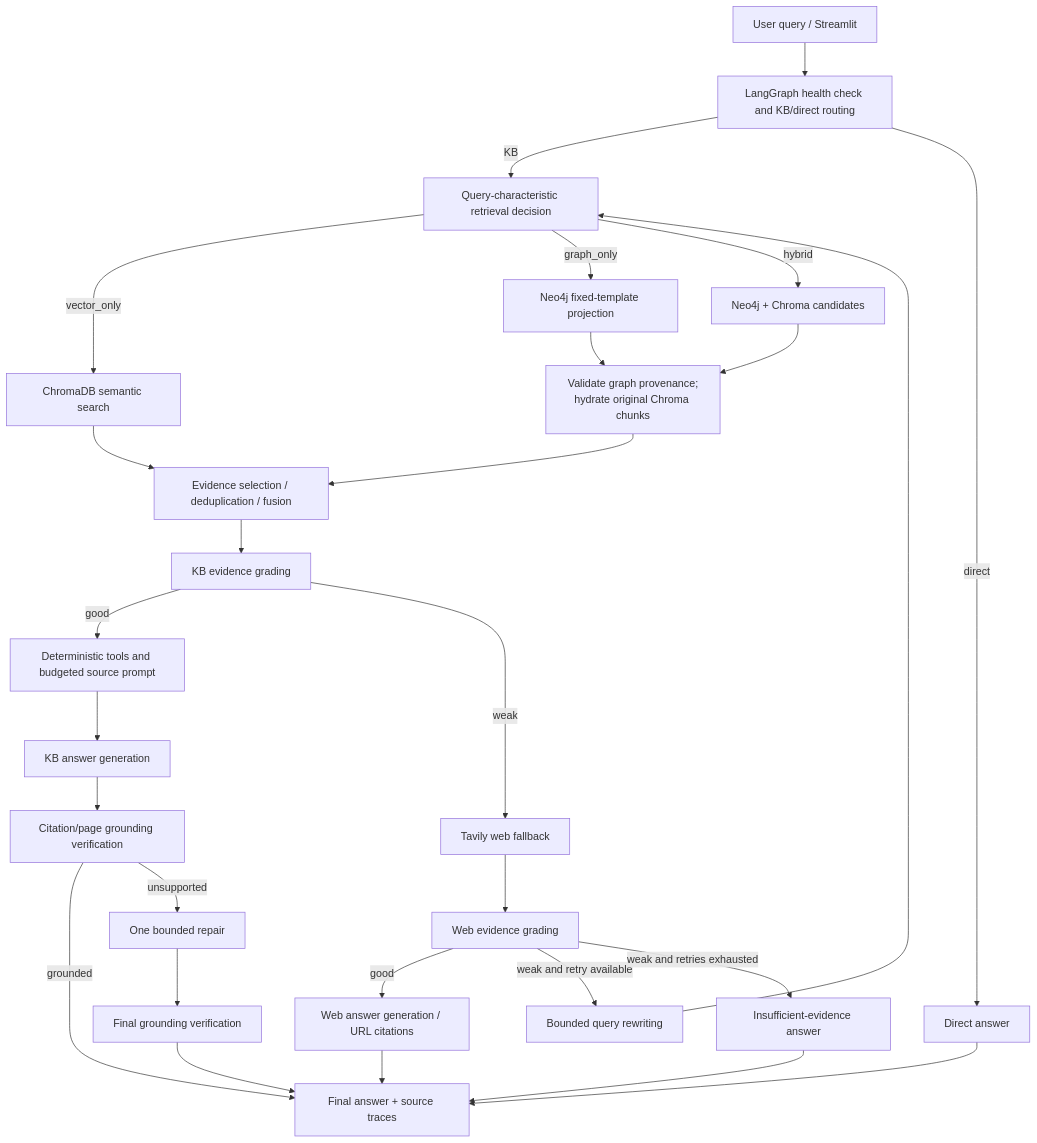
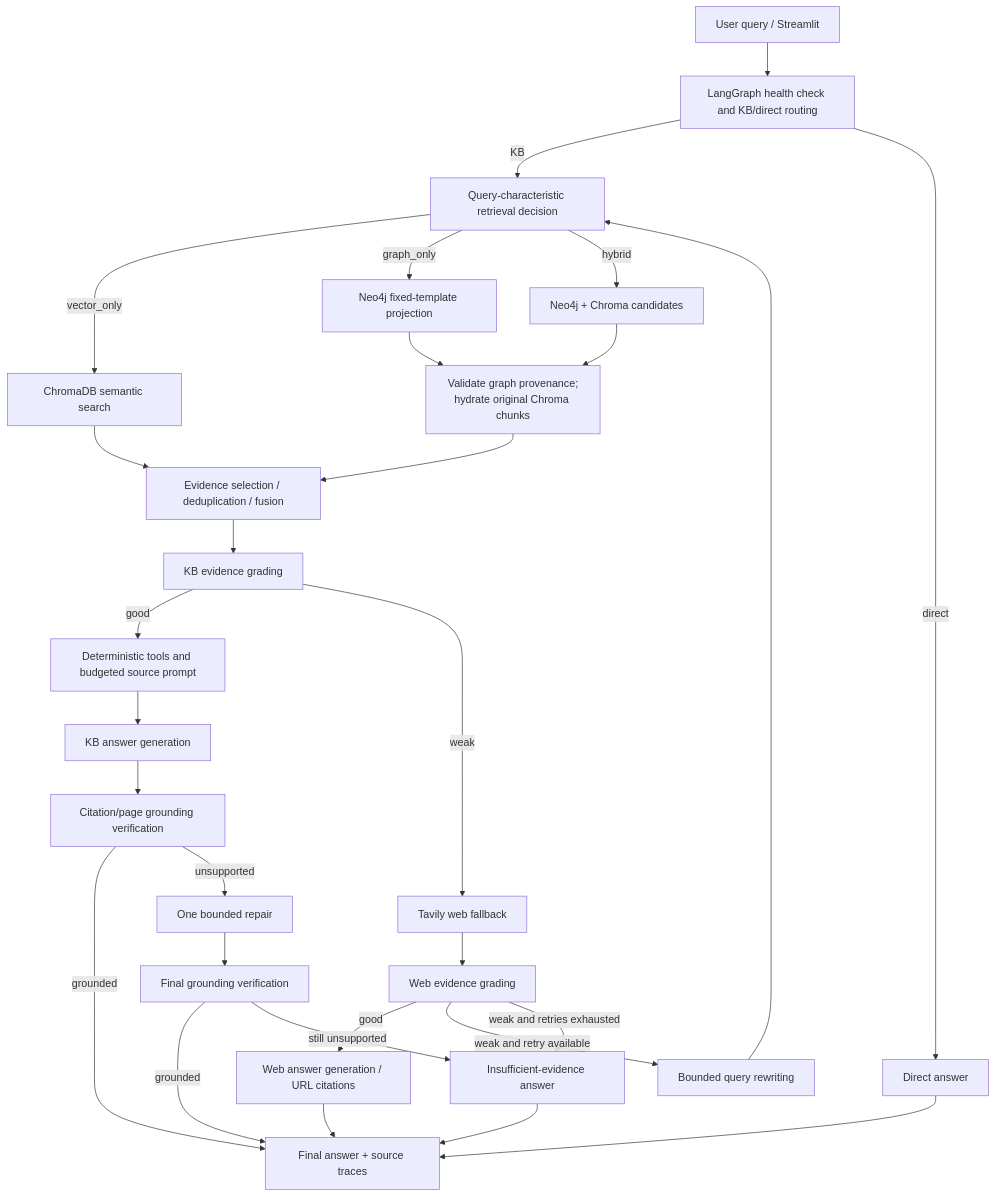
The first of 4 diagrams in README.md (tusharg007/Internal-RFP-Analyst), drawn with Mermaid before and after one commit. The commit also changed other lines of this file and 34 other files, not shown here.

First line of the commit message:
Close GraphRAG reproducibility gaps and add verified public walkthrough

````diff
--- a/README.md
+++ b/README.md
@@ -80,30 +135,31 @@
 ```mermaid
 flowchart TD
     User["User query / Streamlit"] --> Router["LangGraph health check and KB/direct routing"]
     Router -->|KB| Retrieval["Query-characteristic retrieval decision"]
     Router -->|direct| Direct["Direct answer"]
     Retrieval -->|vector_only| Chroma["ChromaDB semantic search"]
     Retrieval -->|graph_only| Neo4j["Neo4j fixed-template projection"]
     Retrieval -->|hybrid| Hybrid["Neo4j + Chroma candidates"]
     Neo4j --> Hydrate["Validate graph provenance;<br/>hydrate original Chroma chunks"]
     Hybrid --> Hydrate
     Chroma --> Evidence["Evidence selection / deduplication / fusion"]
     Hydrate --> Evidence
     Evidence --> Grade["KB evidence grading"]
     Grade -->|good| Tools["Deterministic tools and budgeted source prompt"]
     Tools --> Generator["KB answer generation"]
     Grade -->|weak| Web["Tavily web fallback"]
     Web --> WebGrade["Web evidence grading"]
     WebGrade -->|good| WebAnswer["Web answer generation / URL citations"]
     WebGrade -->|weak and retry available| Rewrite["Bounded query rewriting"]
     Rewrite --> Retrieval
     WebGrade -->|weak and retries exhausted| Insufficient["Insufficient-evidence answer"]
     Generator --> Verify["Citation/page grounding verification"]
     Verify -->|grounded| Response["Final answer + source traces"]
     Verify -->|unsupported| Repair["One bounded repair"]
     Repair --> FinalVerify["Final grounding verification"]
-    FinalVerify --> Response
+    FinalVerify -->|grounded| Response
+    FinalVerify -->|still unsupported| Insufficient
     Direct --> Response
     WebAnswer --> Response
     Insufficient --> Response
 ```
````
